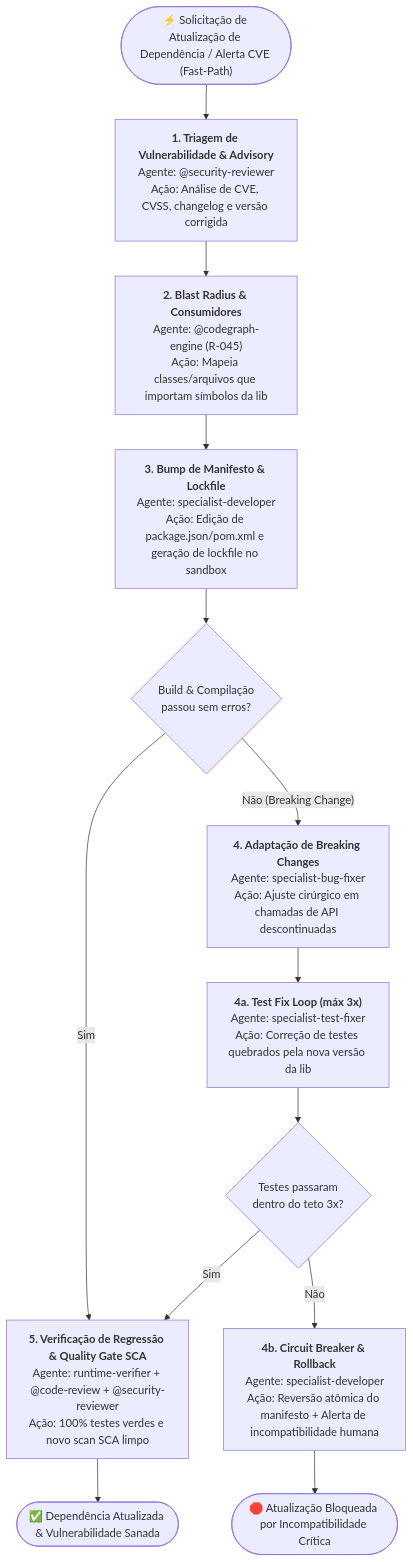
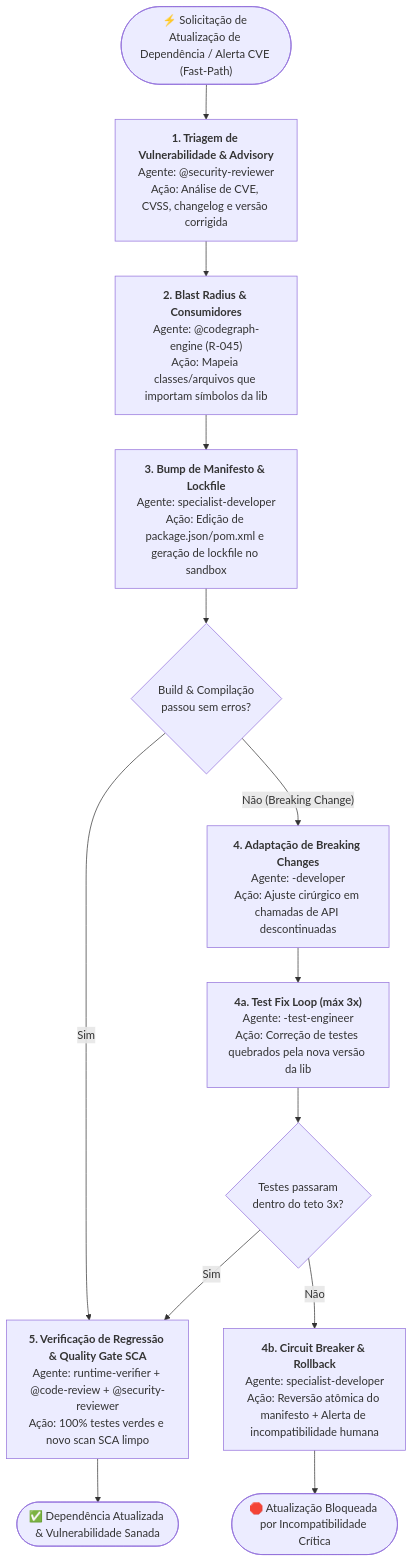
One commit to jezreel8858/deep-agents-copilot changed the diagram in .github/agents/workflows/workflow-dependency-vulnerability-remediation.md. Above: the diagram before and after it, drawn with Mermaid. The commit also changed other lines of this file and 134 other files, not shown here.

````diff
--- a/.github/agents/workflows/workflow-dependency-vulnerability-remediation.md
+++ b/.github/agents/workflows/workflow-dependency-vulnerability-remediation.md
@@ -12,20 +12,20 @@
 ```mermaid
 flowchart TD
     Start(["⚡ Solicitação de Atualização de Dependência / Alerta CVE (Fast-Path)"]) --> Triage["<b>1. Triagem de Vulnerabilidade & Advisory</b><br/>Agente: @security-reviewer<br/>Ação: Análise de CVE, CVSS, changelog e versão corrigida"]
 
     Triage --> Blast["<b>2. Blast Radius & Consumidores</b><br/>Agente: @codegraph-engine (R-045)<br/>Ação: Mapeia classes/arquivos que importam símbolos da lib"]
 
     Blast --> BumpManifest["<b>3. Bump de Manifesto & Lockfile</b><br/>Agente: specialist-developer<br/>Ação: Edição de package.json/pom.xml e geração de lockfile no sandbox"]
 
     BumpManifest --> CheckCompile{"Build & Compilação<br/>passou sem erros?"}
     CheckCompile -- "Sim" --> RegressionTest["<b>5. Verificação de Regressão & Quality Gate SCA</b><br/>Agente: runtime-verifier + @code-review + @security-reviewer<br/>Ação: 100% testes verdes e novo scan SCA limpo"]
-    CheckCompile -- "Não (Breaking Change)" --> AdaptBreak["<b>4. Adaptação de Breaking Changes</b><br/>Agente: specialist-bug-fixer<br/>Ação: Ajuste cirúrgico em chamadas de API descontinuadas"]
+    CheckCompile -- "Não (Breaking Change)" --> AdaptBreak["<b>4. Adaptação de Breaking Changes</b><br/>Agente: <stack>-developer<br/>Ação: Ajuste cirúrgico em chamadas de API descontinuadas"]
 
-    AdaptBreak --> TestFixLoop["<b>4a. Test Fix Loop (máx 3x)</b><br/>Agente: specialist-test-fixer<br/>Ação: Correção de testes quebrados pela nova versão da lib"]
+    AdaptBreak --> TestFixLoop["<b>4a. Test Fix Loop (máx 3x)</b><br/>Agente: <stack>-test-engineer<br/>Ação: Correção de testes quebrados pela nova versão da lib"]
     TestFixLoop --> CheckPass{"Testes passaram<br/>dentro do teto 3x?"}
     CheckPass -- "Sim" --> RegressionTest
     CheckPass -- "Não" --> Rollback["<b>4b. Circuit Breaker & Rollback</b><br/>Agente: specialist-developer<br/>Ação: Reversão atômica do manifesto + Alerta de incompatibilidade humana"]
 
     RegressionTest --> EndDone(["✅ Dependência Atualizada & Vulnerabilidade Sanada"])
     Rollback --> EndFail(["🛑 Atualização Bloqueada por Incompatibilidade Crítica"])
 ```
````
